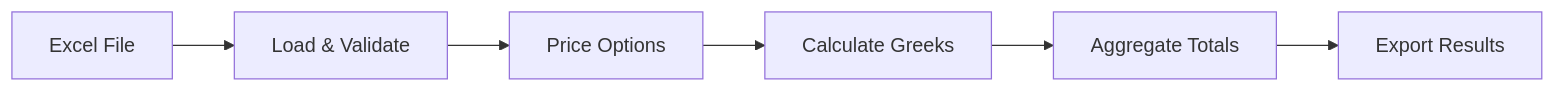
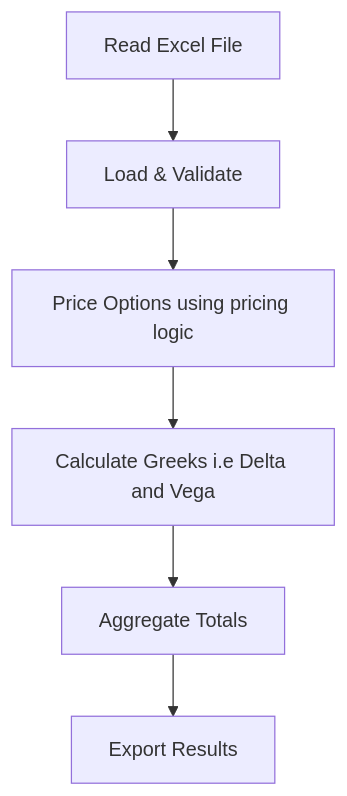
The diagram in README.md (timmyacy/Validus), drawn with Mermaid before and after one commit. The commit also changed other lines of this file and 14 other files, not shown here.

````diff
--- a/README.md
+++ b/README.md
@@ -22,8 +112,8 @@
 ```mermaid
-graph LR
-    A[Excel File] --> B[Load & Validate]
-    B --> C[Price Options]
-    C --> D[Calculate Greeks]
+graph TD
+    A[Read Excel File] --> B[Load & Validate]
+    B --> C[Price Options using pricing logic]
+    C --> D[Calculate Greeks i.e Delta and Vega]
     D --> E[Aggregate Totals]
     E --> F[Export Results]
 ```
````
